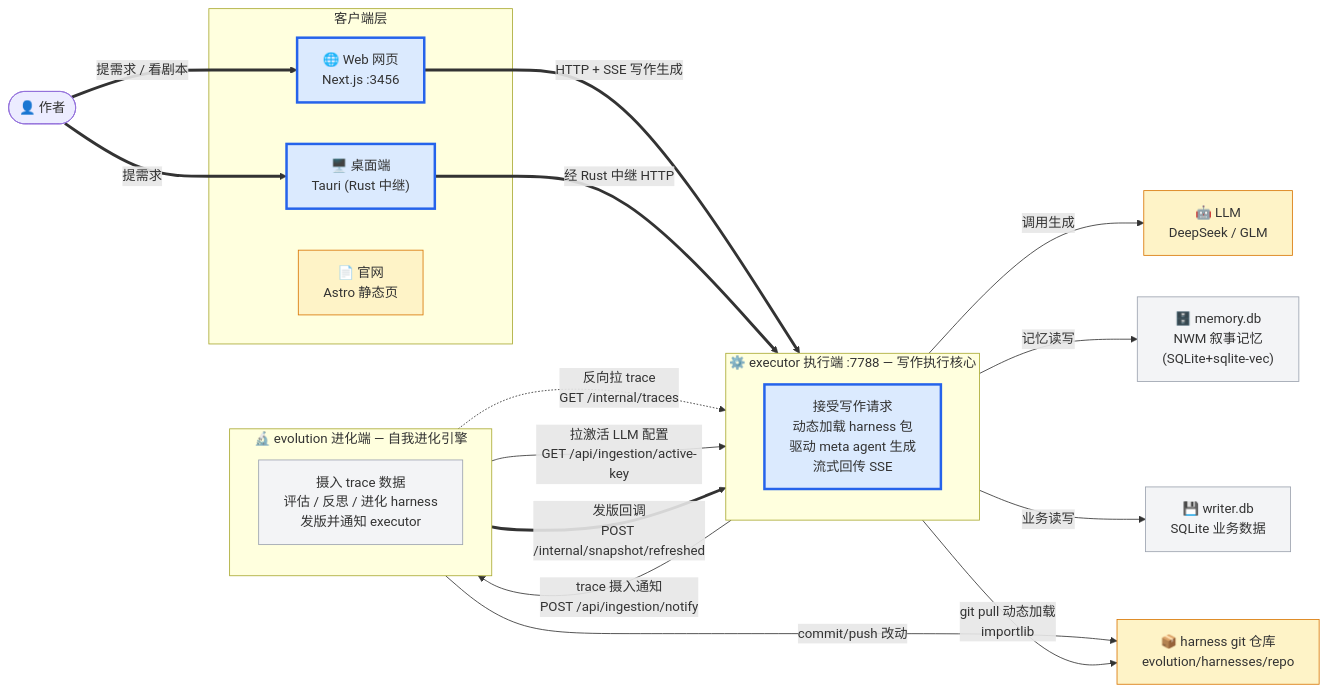
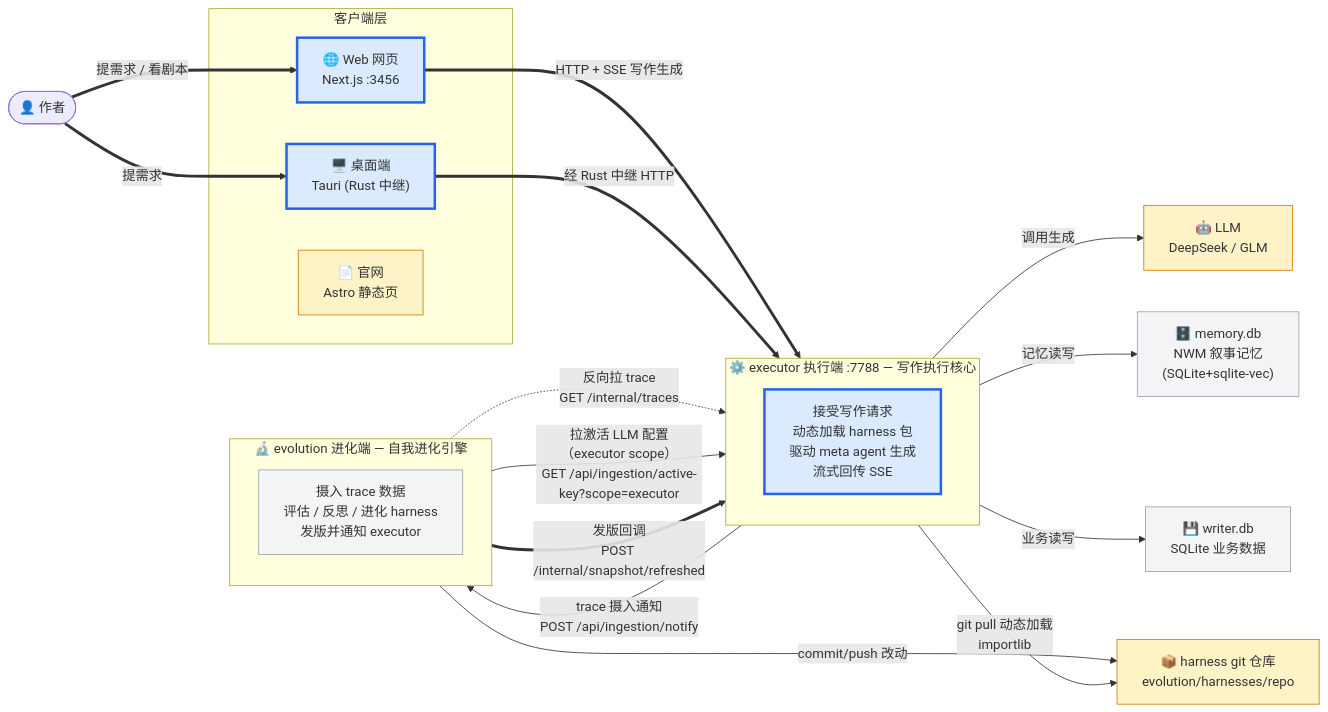
The first of 8 diagrams in docs/系统心智模型.md (gaoshoupaper-code/EvoWriter), drawn with Mermaid before and after one commit. The commit also changed other lines of this file and 15 other files, not shown here.

````diff
--- a/docs/系统心智模型.md
+++ b/docs/系统心智模型.md
@@ -42,57 +42,57 @@
 ```mermaid
 flowchart LR
     Author(["👤 作者"])
 
     subgraph Clients["客户端层"]
         Web["🌐 Web 网页<br/>Next.js :3456"]
         Desk["🖥️ 桌面端<br/>Tauri (Rust 中继)"]
         Site["📄 官网<br/>Astro 静态页"]
     end
 
     subgraph EX["⚙️ executor 执行端 :7788 — 写作执行核心"]
         direction TB
         EX_Core["接受写作请求<br/>动态加载 harness 包<br/>驱动 meta agent 生成<br/>流式回传 SSE"]
     end
 
     subgraph EV["🔬 evolution 进化端 — 自我进化引擎"]
         direction TB
         EV_Core["摄入 trace 数据<br/>评估 / 反思 / 进化 harness<br/>发版并通知 executor"]
     end
 
     LLM["🤖 LLM<br/>DeepSeek / GLM"]
     MemDB["🗄️ memory.db<br/>NWM 叙事记忆<br/>(SQLite+sqlite-vec)"]
     DB["💾 writer.db<br/>SQLite 业务数据"]
     GitRepo["📦 harness git 仓库<br/>evolution/harnesses/repo"]
 
     %% 主线：写作生成全旅途（粗箭头）
     Author ==>|"提需求 / 看剧本"| Web
     Author ==>|"提需求"| Desk
     Web ==>|"HTTP + SSE 写作生成"| EX_Core
     Desk ==>|"经 Rust 中继 HTTP"| EX_Core
 
     %% executor 调外部
     EX_Core -->|"调用生成"| LLM
     EX_Core -->|"记忆读写"| MemDB
     EX_Core -->|"业务读写"| DB
 
     %% 进化闭环：executor ↔ evolution
     EX_Core -->|"trace 摄入通知<br/>POST /api/ingestion/notify"| EV_Core
     EV_Core -.->|"反向拉 trace<br/>GET /internal/traces"| EX_Core
-    EV_Core -->|"拉激活 LLM 配置<br/>GET /api/ingestion/active-key"| EX_Core
+    EV_Core -->|"拉激活 LLM 配置（executor scope）<br/>GET /api/ingestion/active-key?scope=executor"| EX_Core
     EV_Core ==>|"发版回调<br/>POST /internal/snapshot/refreshed"| EX_Core
 
     %% harness 包加载
     EX_Core -->|"git pull 动态加载<br/>importlib"| GitRepo
     EV_Core -->|"commit/push 改动"| GitRepo
 
     %% 官网独立
     Site
 
     classDef main fill:#dbeafe,stroke:#2563eb,stroke-width:3px
     classDef side fill:#f3f4f6,stroke:#9ca3af
     classDef ext fill:#fef3c7,stroke:#d97706
 
     class Web,Desk,EX_Core main
     class EV_Core,DB,MemDB side
     class LLM,GitRepo,Site ext
 ```
````
